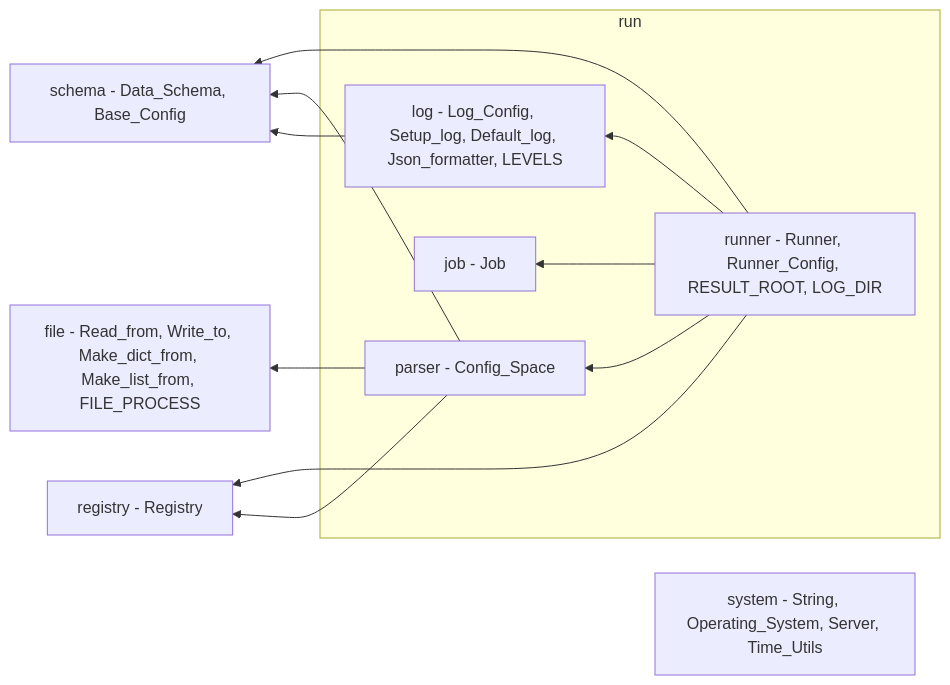
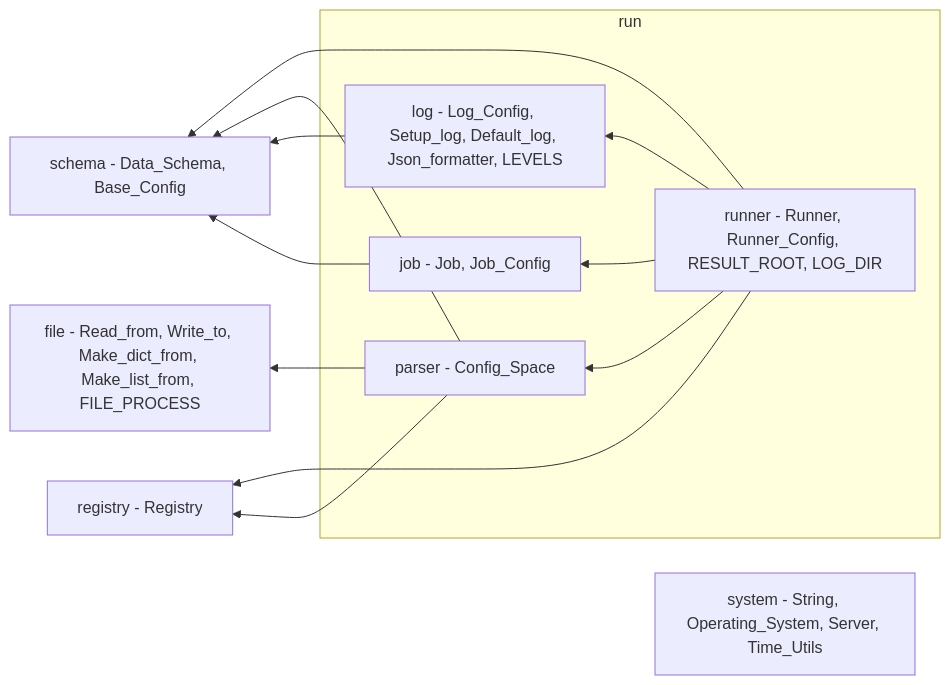
The diagram in python_toolbox/README.md (DXR-keonghun6612/ToolBox), drawn with Mermaid before and after one commit. The commit also changed other lines of this file and 4 other files, not shown here.

First line of the commit message:
feat: python_toolbox - job 설정을 runner 설정의 하위 필드 Job_Config 로

````diff
--- a/python_toolbox/README.md
+++ b/python_toolbox/README.md
@@ -9,23 +9,24 @@
 ```mermaid
 graph RL
     subgraph run
         runner["runner - Runner, Runner_Config, RESULT_ROOT, LOG_DIR"]
         parser["parser - Config_Space"]
         log["log - Log_Config, Setup_log, Default_log, Json_formatter, LEVELS"]
-        job["job - Job"]
+        job["job - Job, Job_Config"]
     end
     schema["schema - Data_Schema, Base_Config"]
     file["file - Read_from, Write_to, Make_dict_from, Make_list_from, FILE_PROCESS"]
     registry["registry - Registry"]
     system["system - String, Operating_System, Server, Time_Utils"]
 
     runner --> parser
     runner --> job
     runner --> schema
     runner --> registry
     parser --> schema
     parser --> file
     parser --> registry
     runner --> log
     log --> schema
+    job --> schema
 ```
````
